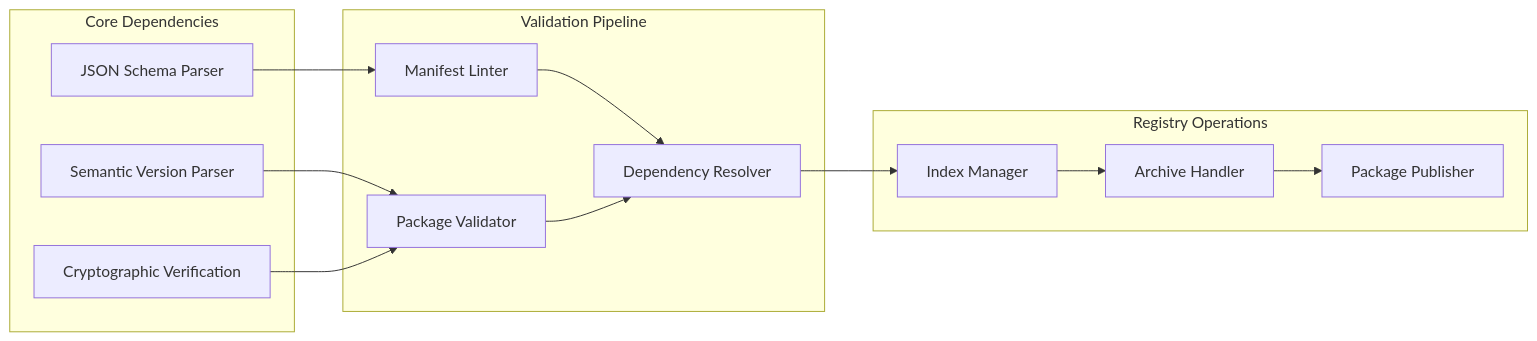
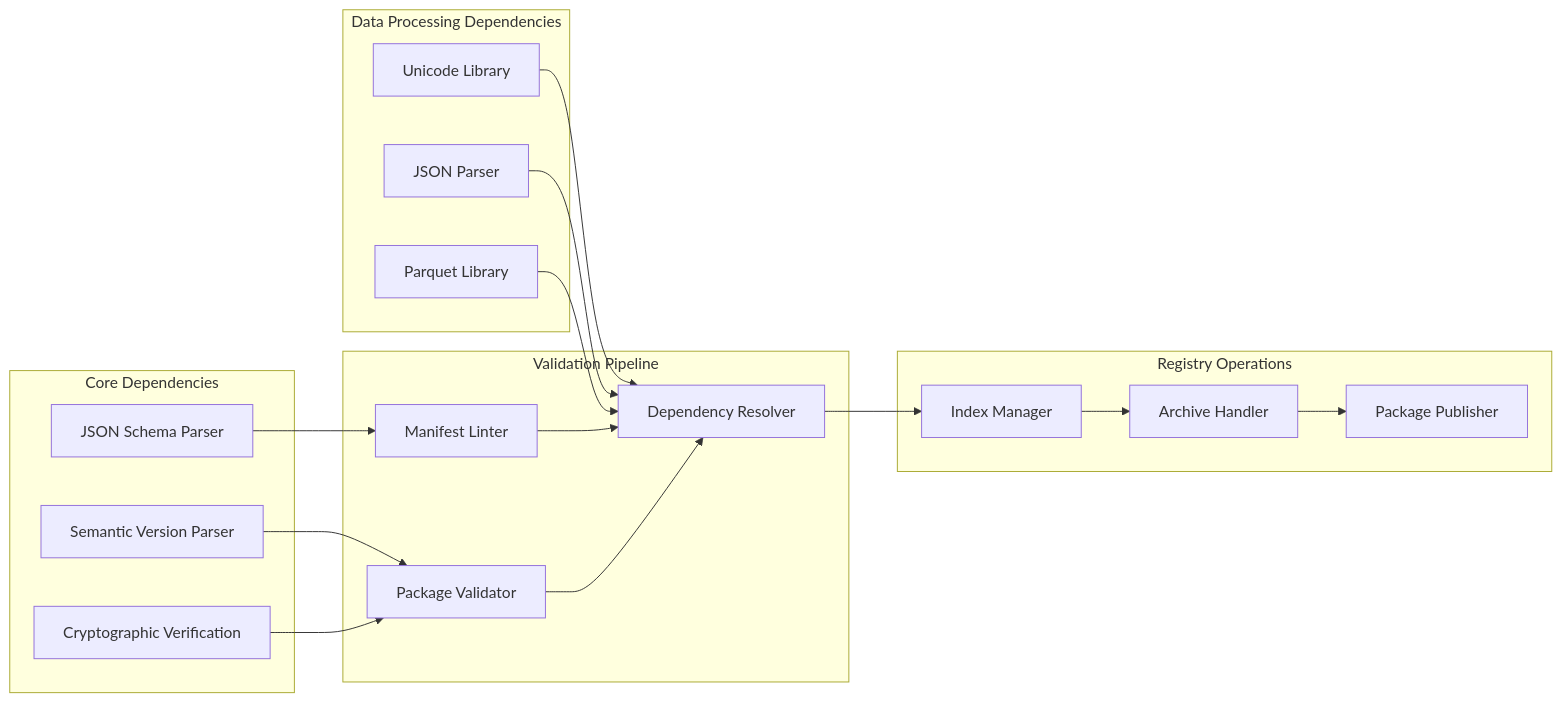
Before and after one commit to tonythethompson/numan-registry: the fourth of 4 diagrams in .qoder/repowiki/en/content/Package Development Guide/Manifest Format Specification.md, drawn with Mermaid. The commit also changed other lines of this file and 14 other files, not shown here.

````diff
--- a/.qoder/repowiki/en/content/Package Development Guide/Manifest Format Specification.md
+++ b/.qoder/repowiki/en/content/Package Development Guide/Manifest Format Specification.md
@@ -208,26 +250,34 @@
 ```mermaid
 graph LR
 subgraph "Core Dependencies"
 JSONSchema["JSON Schema Parser"]
 SemVer["Semantic Version Parser"]
 Crypto["Cryptographic Verification"]
+end
+subgraph "Data Processing Dependencies"
+UnicodeLib["Unicode Library"]
+JSONParser["JSON Parser"]
+ParquetLib["Parquet Library"]
 end
 subgraph "Validation Pipeline"
 Linter["Manifest Linter"]
 Validator["Package Validator"]
 Resolver["Dependency Resolver"]
 end
 subgraph "Registry Operations"
 IndexManager["Index Manager"]
 Archiver["Archive Handler"]
 Publisher["Package Publisher"]
 end
 JSONSchema --> Linter
 SemVer --> Validator
 Crypto --> Validator
+UnicodeLib --> Resolver
+JSONParser --> Resolver
+ParquetLib --> Resolver
 Linter --> Resolver
 Validator --> Resolver
 Resolver --> IndexManager
 IndexManager --> Archiver
 Archiver --> Publisher
 ```
````
